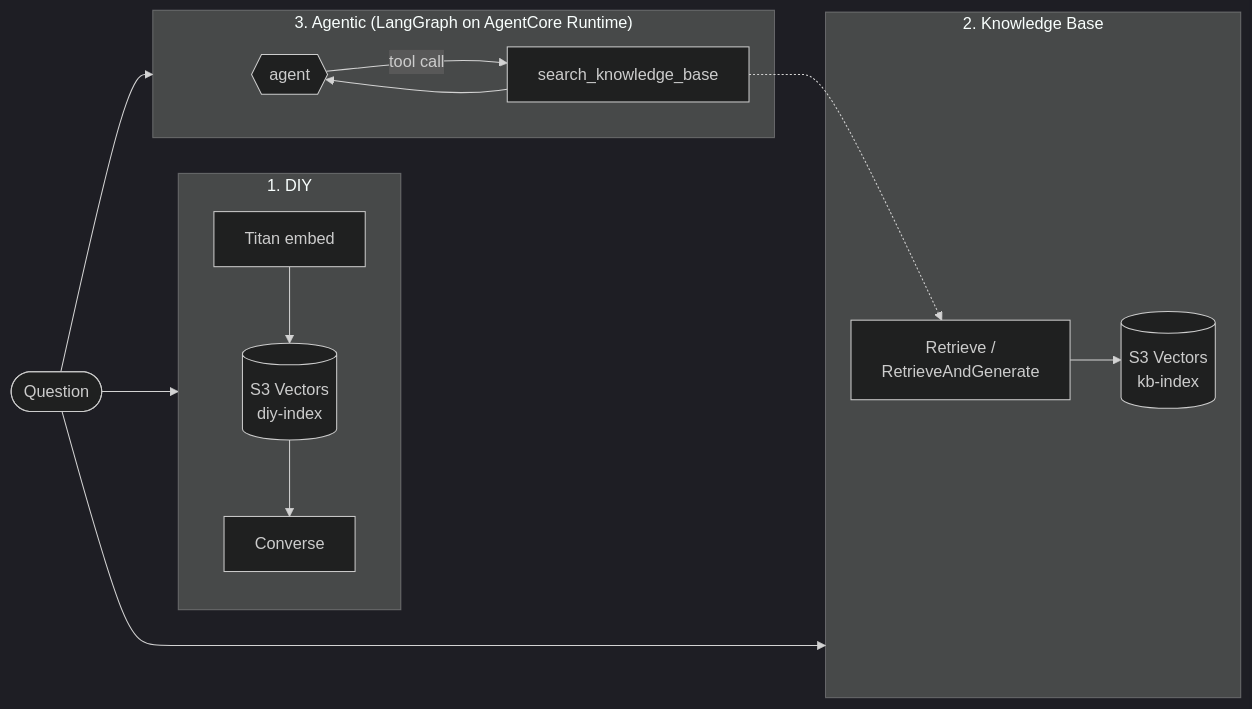
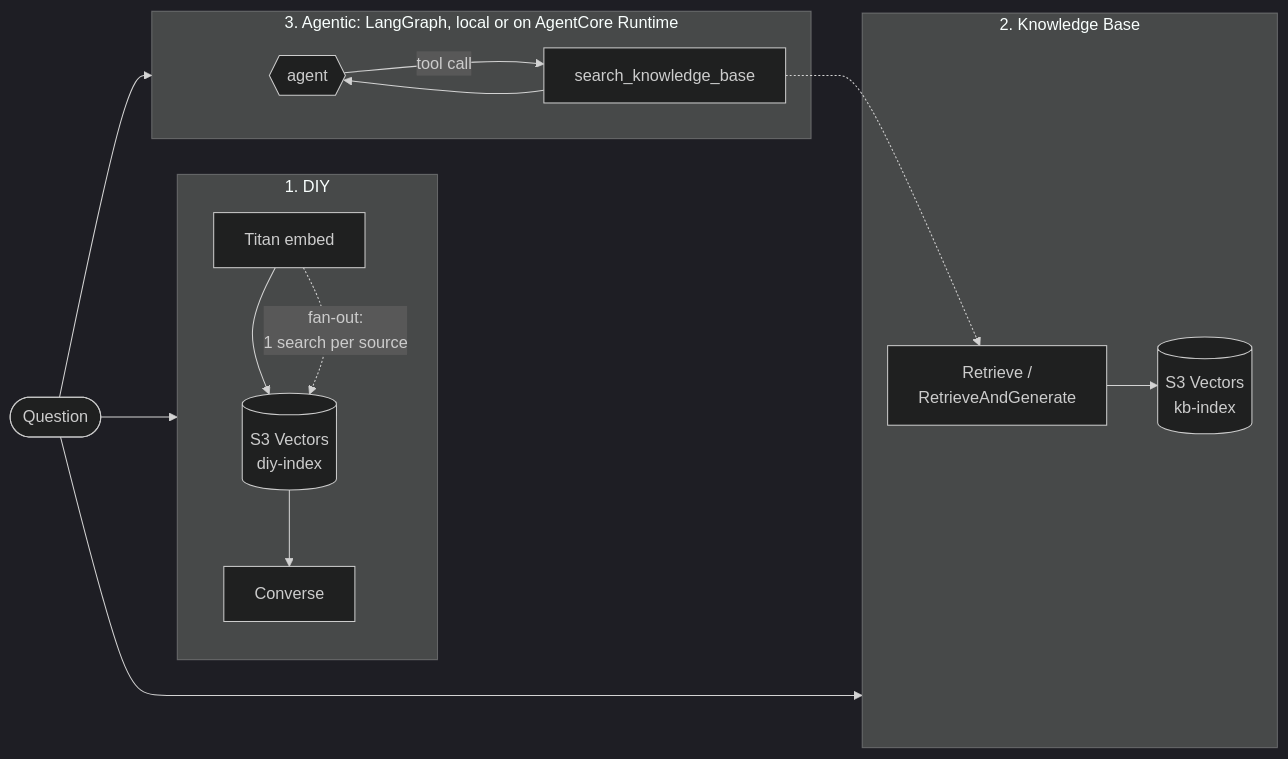
Before and after one commit to m10singh94/RAG-approaches: the diagram in README.md, drawn with Mermaid (dark theme). The commit also changed other lines of this file and 1 other file, not shown here.

````diff
--- a/README.md
+++ b/README.md
@@ -19,15 +27,16 @@
 ```mermaid
 flowchart LR
     Q([Question])
     subgraph DIY["1. DIY"]
         E1[Titan embed] --> V1[(S3 Vectors<br/>diy-index)] --> G1[Converse]
+        E1 -. fan-out:<br/>1 search per source .-> V1
     end
     subgraph KB["2. Knowledge Base"]
         R2[Retrieve /<br/>RetrieveAndGenerate] --> V2[(S3 Vectors<br/>kb-index)]
     end
-    subgraph AG["3. Agentic (LangGraph on AgentCore Runtime)"]
+    subgraph AG["3. Agentic: LangGraph, local or on AgentCore Runtime"]
         A3{{agent}} -- tool call --> T3[search_knowledge_base] --> A3
     end
     Q --> DIY & KB & AG
     T3 -.-> R2
 ```
````
